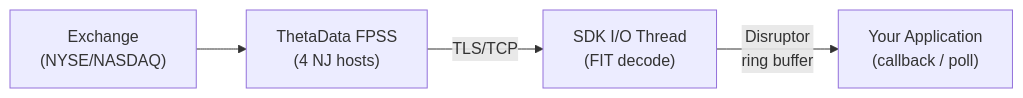
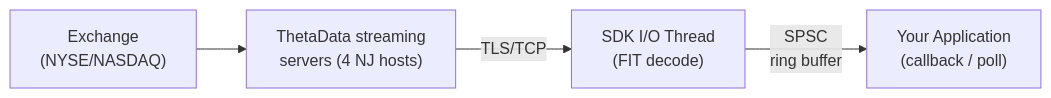
The diagram in docs-site/docs/streaming/index.md (userFRM/ThetaDataDx), drawn with Mermaid before and after one commit. The commit also changed other lines of this file and 527 other files, not shown here.

First line of the commit message:
feat!: ship ThetaDataDx v11.0.0 (#611)

````diff
--- a/docs-site/docs/streaming/index.md
+++ b/docs-site/docs/streaming/index.md
@@ -12,6 +12,6 @@
 ```mermaid
 graph LR
-    A["Exchange<br/>(NYSE/NASDAQ)"] --> B["ThetaData FPSS<br/>(4 NJ hosts)"]
+    A["Exchange<br/>(NYSE/NASDAQ)"] --> B["ThetaData streaming<br/>servers (4 NJ hosts)"]
     B -->|"TLS/TCP"| C["SDK I/O Thread<br/>(FIT decode)"]
-    C -->|"Disruptor<br/>ring buffer"| D["Your Application<br/>(callback / poll)"]
+    C -->|"SPSC<br/>ring buffer"| D["Your Application<br/>(callback / poll)"]
 ```
````
